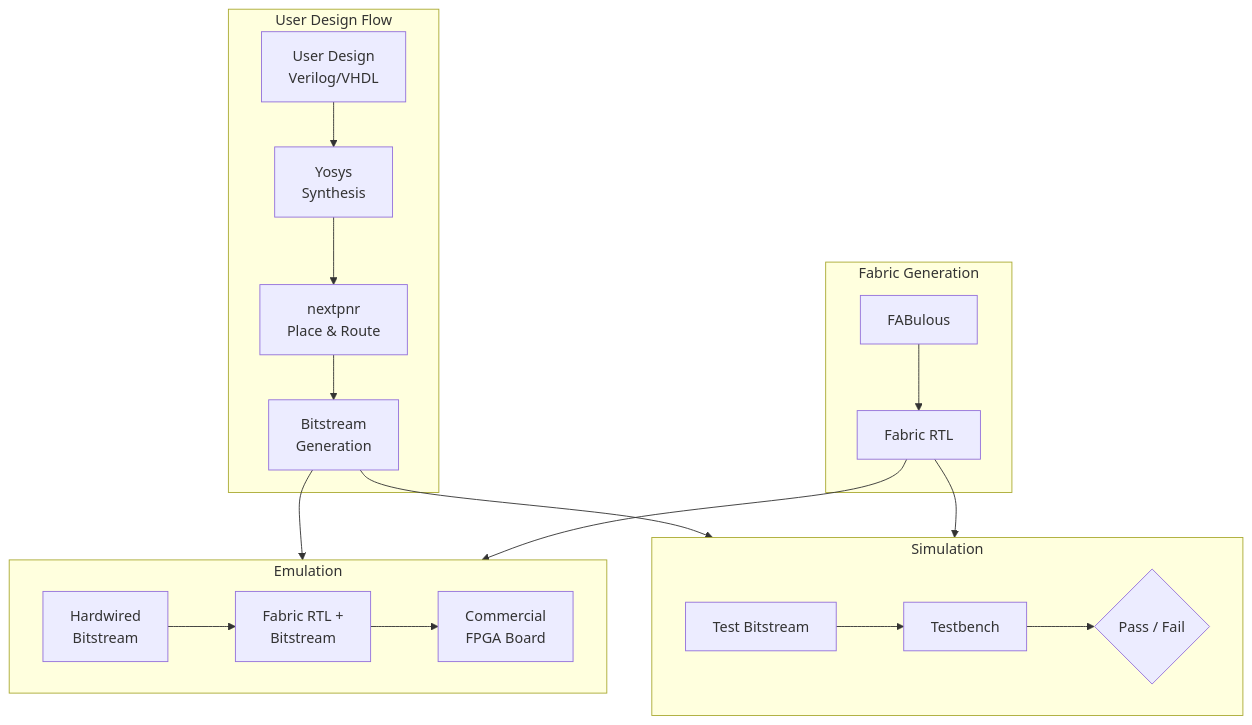
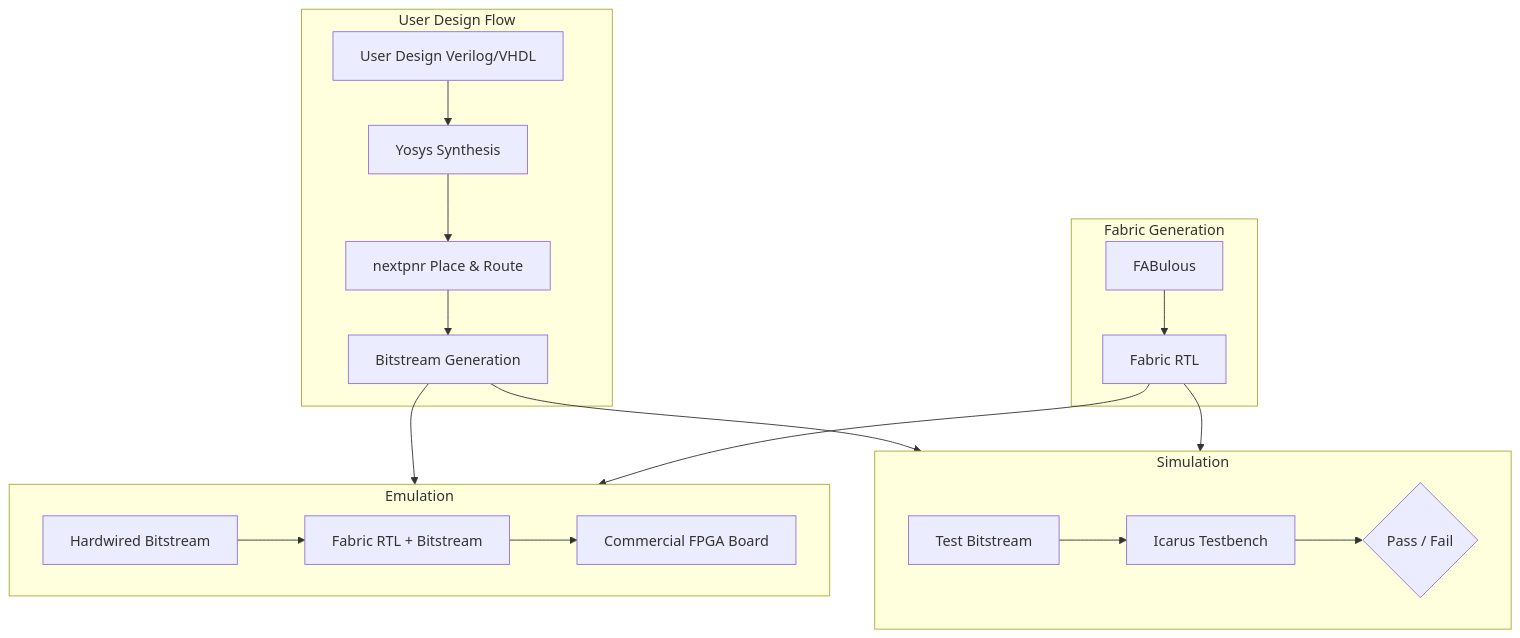
One commit to KelvinChung2000/FABulous changed the first of 2 diagrams in docs/source/user_guide/simulation/simulation.md. Above: the diagram before and after it, drawn with Mermaid.

Commit message:
chore: graph update

````diff
--- a/docs/source/user_guide/simulation/simulation.md
+++ b/docs/source/user_guide/simulation/simulation.md
@@ -8,29 +8,29 @@
 ```{mermaid}
 flowchart TB
     subgraph design ["User Design Flow"]
-        A[User Design\nVerilog/VHDL] --> B[Yosys\nSynthesis]
-        B --> C[nextpnr\nPlace & Route]
-        C --> D[Bitstream\nGeneration]
+        A[User Design Verilog/VHDL] --> B[Yosys Synthesis]
+        B --> C[nextpnr Place & Route]
+        C --> D[Bitstream Generation]
     end
 
     subgraph fabric ["Fabric Generation"]
         F[FABulous] --> G[Fabric RTL]
     end
 
     subgraph sim ["Simulation"]
         direction LR
-        E[Test Bitstream] --> H[Testbench]
+        E[Test Bitstream] --> H[Icarus Testbench]
         H --> I{Pass / Fail}
     end
 
     subgraph emu ["Emulation"]
         direction LR
-        J[Hardwired\nBitstream] --> K[Fabric RTL +\nBitstream]
-        K --> L[Commercial\nFPGA Board]
+        J[Hardwired Bitstream] --> K[Fabric RTL + Bitstream]
+        K --> L[Commercial FPGA Board]
     end
 
     D --> E
     D --> J
     G --> H
     G --> K
 ```
````
